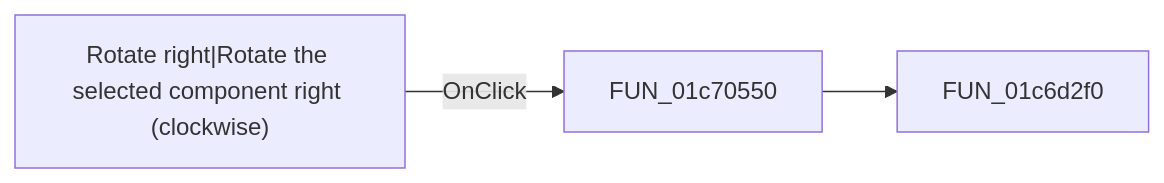
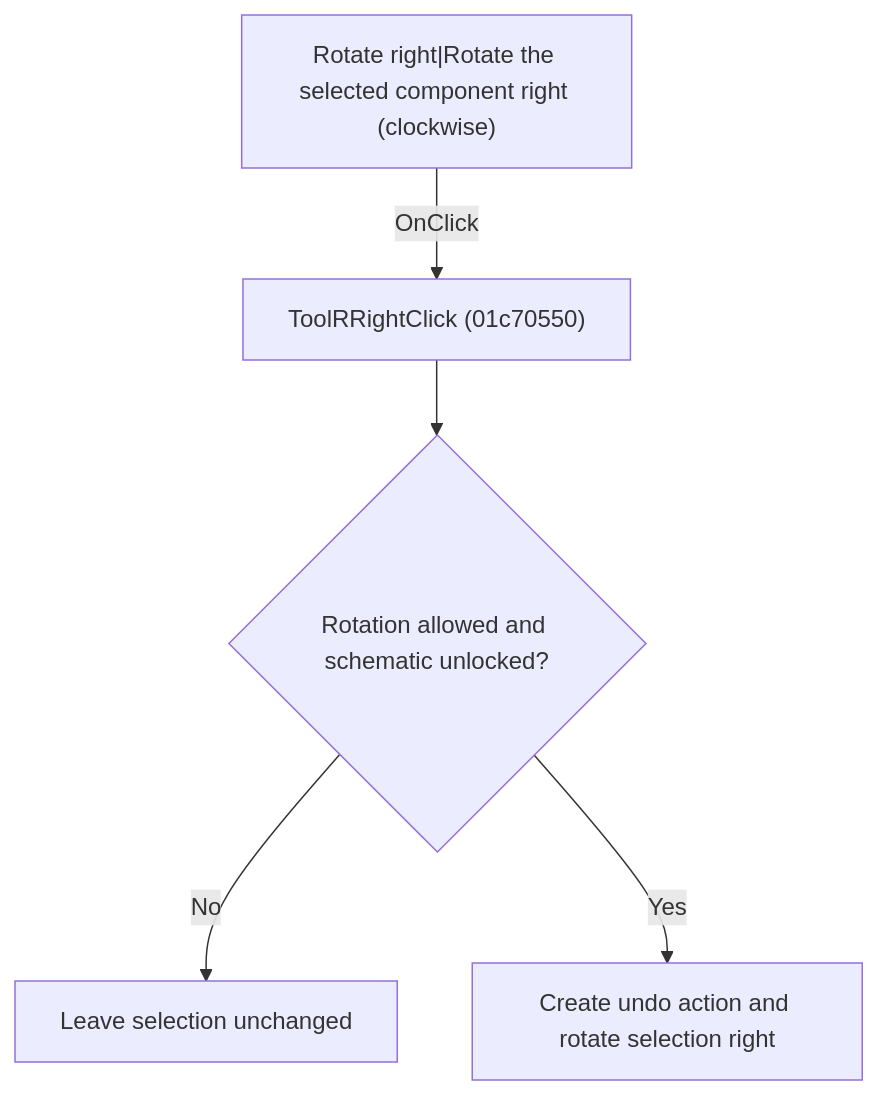
One commit to MovGP0/TIARA changed the diagram in docs/ui-controls/schematiceditor/toolrright-fba333f358.md. Above: the diagram before and after it, drawn with Mermaid. The commit also changed other lines of this file and 1062 other files, not shown here.

````diff
--- a/docs/ui-controls/schematiceditor/toolrright-fba333f358.md
+++ b/docs/ui-controls/schematiceditor/toolrright-fba333f358.md
@@ -27,5 +27,7 @@
 ```mermaid
-flowchart LR
-    control["Rotate right|Rotate the selected component right (clockwise)"] -->|OnClick| handler["FUN_01c70550"]
-    handler --> call1["FUN_01c6d2f0"]
+flowchart TD
+    control["Rotate right|Rotate the selected component right (clockwise)"] -->|"OnClick"| handler["ToolRRightClick (01c70550)"]
+    handler --> guard{"Rotation allowed and schematic unlocked?"}
+    guard -->|"No"| noChange["Leave selection unchanged"]
+    guard -->|"Yes"| action["Create undo action and rotate selection right"]
 ```
````
